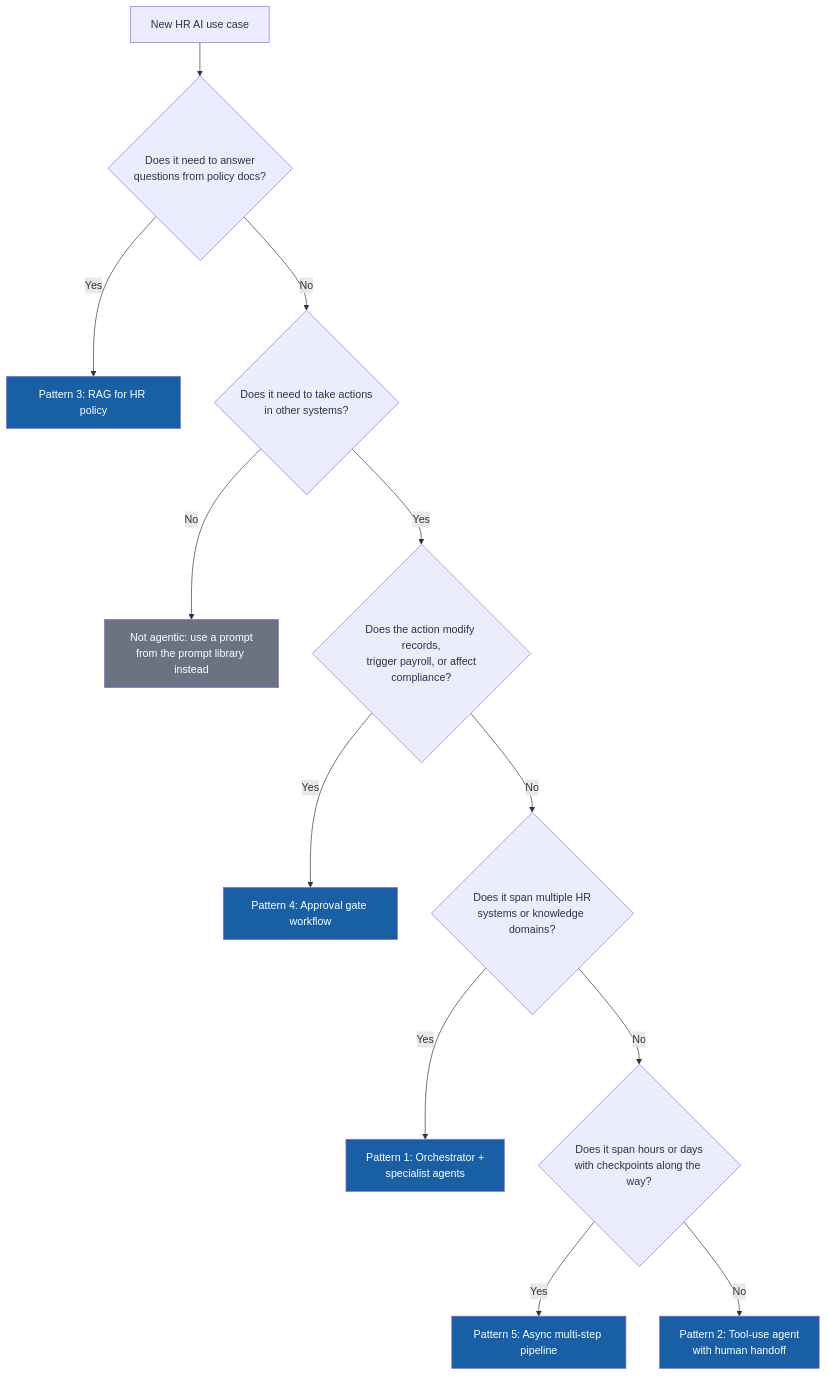
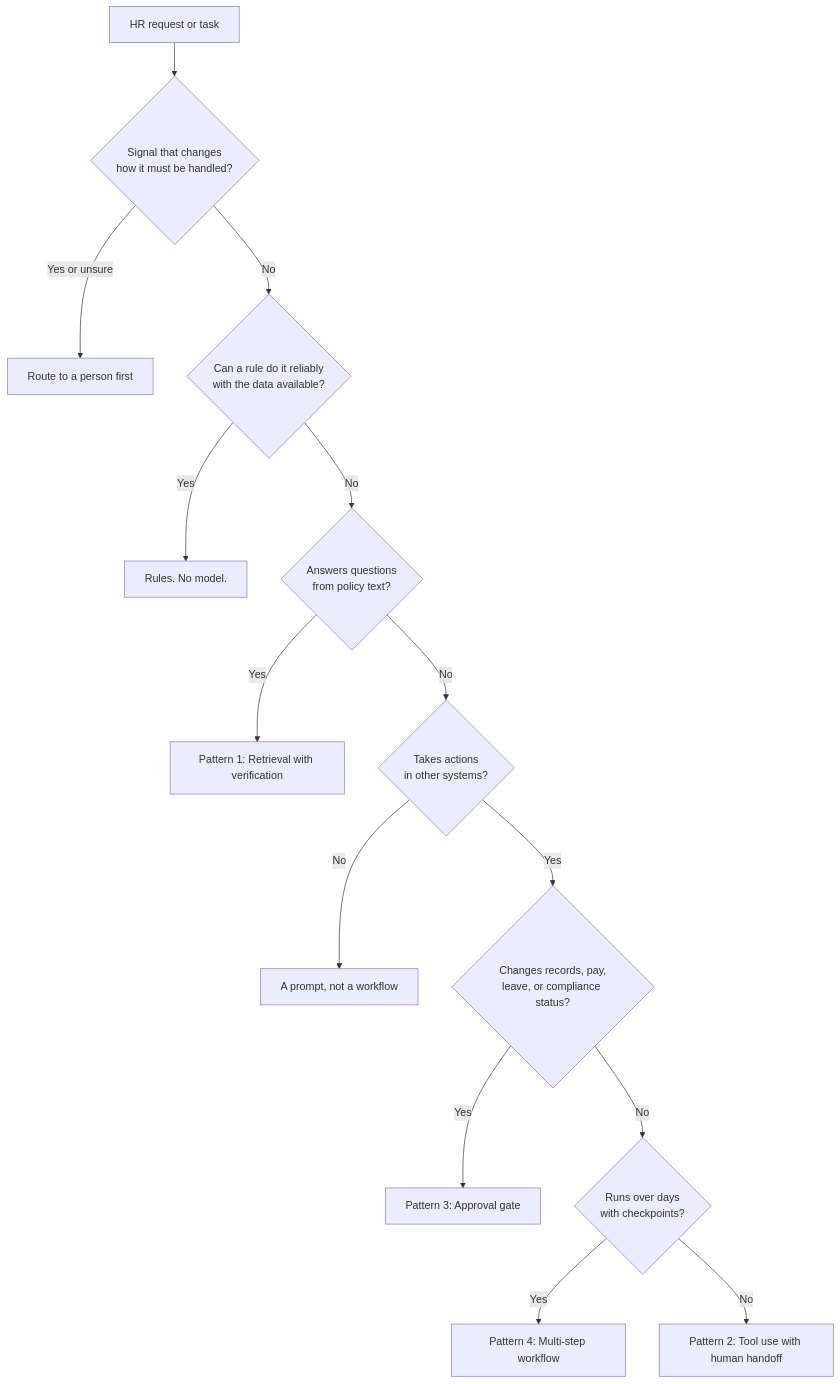
One commit to ellehelvig/hr-ai-transformation-playbook changed the diagram in 07-agentic-patterns/README.md. Above: the diagram before and after it, drawn with Mermaid. The commit also changed other lines of this file and 13 other files, not shown here.

````diff
--- a/07-agentic-patterns/README.md
+++ b/07-agentic-patterns/README.md
@@ -43,21 +22,16 @@
 ```mermaid
 flowchart TD
-    A[New HR AI use case] --> B{Does it need to answer<br/>questions from policy docs?}
-    B -- Yes --> C[Pattern 3: RAG for HR policy]
-    B -- No --> D{Does it need to take actions<br/>in other systems?}
-    D -- No --> E[Not agentic: use a prompt<br/>from the prompt library instead]
-    D -- Yes --> F{Does the action modify records,<br/>trigger payroll, or affect<br/>compliance?}
-    F -- Yes --> G[Pattern 4: Approval gate workflow]
-    F -- No --> H{Does it span multiple HR<br/>systems or knowledge domains?}
-    H -- Yes --> I[Pattern 1: Orchestrator +<br/>specialist agents]
-    H -- No --> J{Does it span hours or days<br/>with checkpoints along the way?}
-    J -- Yes --> K[Pattern 5: Async multi-step pipeline]
-    J -- No --> L[Pattern 2: Tool-use agent<br/>with human handoff]
-
-    style C fill:#185FA5,color:#fff
-    style G fill:#185FA5,color:#fff
-    style I fill:#185FA5,color:#fff
-    style K fill:#185FA5,color:#fff
-    style L fill:#185FA5,color:#fff
-    style E fill:#6b7280,color:#fff
+    A[HR request or task] --> B{Signal that changes<br/>how it must be handled?}
+    B -- Yes or unsure --> C[Route to a person first]
+    B -- No --> D{Can a rule do it reliably<br/>with the data available?}
+    D -- Yes --> E[Rules. No model.]
+    D -- No --> F{Answers questions<br/>from policy text?}
+    F -- Yes --> G[Pattern 1: Retrieval with verification]
+    F -- No --> H{Takes actions<br/>in other systems?}
+    H -- No --> I[A prompt, not a workflow]
+    H -- Yes --> J{Changes records, pay,<br/>leave, or compliance status?}
+    J -- Yes --> K[Pattern 3: Approval gate]
+    J -- No --> L{Runs over days<br/>with checkpoints?}
+    L -- Yes --> M[Pattern 4: Multi-step workflow]
+    L -- No --> N[Pattern 2: Tool use with human handoff]
 ```
````
